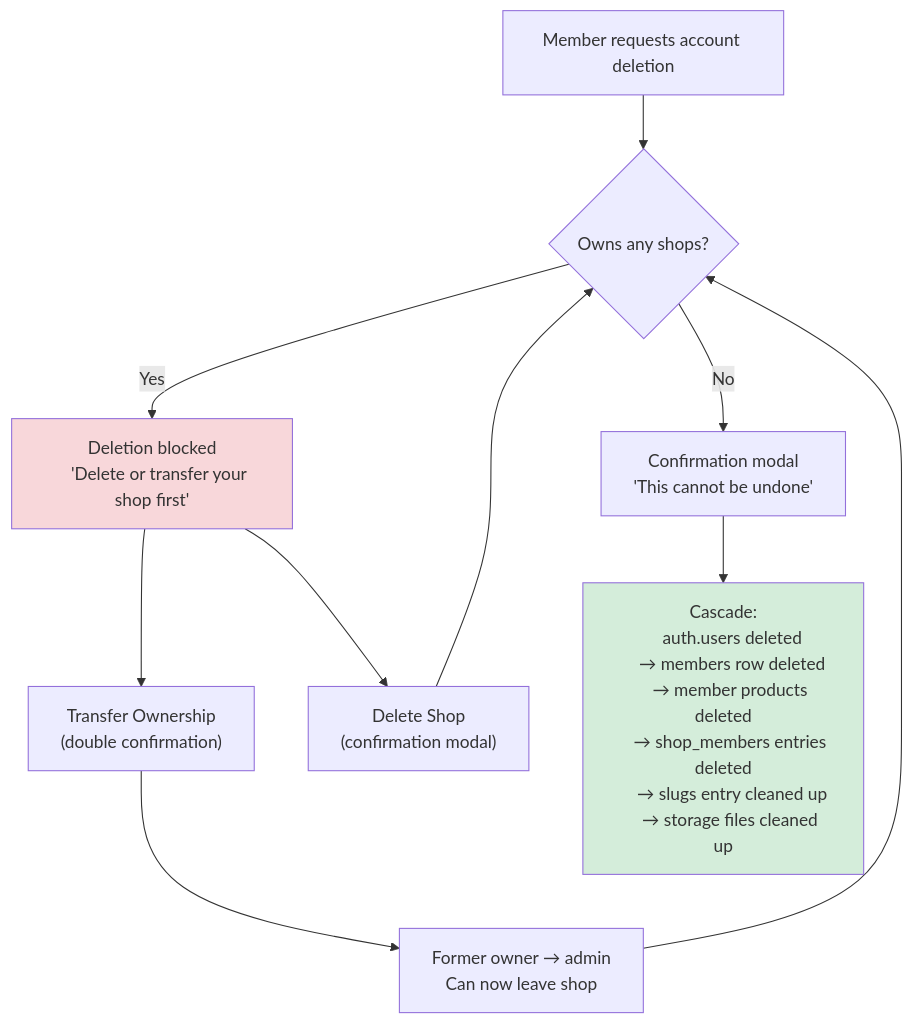
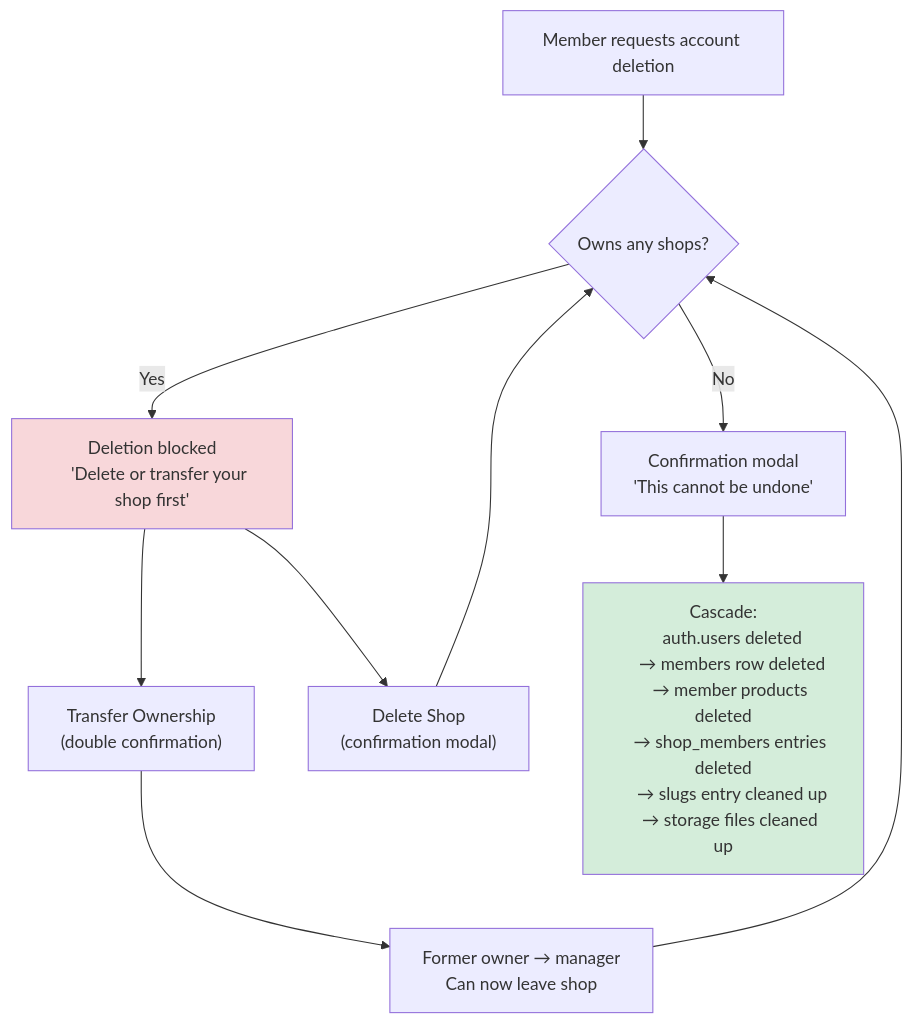
The seventh of 8 diagrams in docs/diagrams/member-shop-journey.md (Nessi-Fishing-Supply/Nessi-Web-App), drawn with Mermaid before and after one commit. The commit also changed other lines of this file and 7 other files, not shown here.

First line of the commit message:
docs: catch up journey diagrams with PRs #222–#269

````diff
--- a/docs/diagrams/member-shop-journey.md
+++ b/docs/diagrams/member-shop-journey.md
@@ -194,30 +218,30 @@
 ```mermaid
 flowchart TD
     DELETE_REQ["Member requests account deletion"] --> OWN_SHOP{"Owns any shops?"}
 
     OWN_SHOP -->|"Yes"| BLOCKED["Deletion blocked
     'Delete or transfer your shop first'"]
     BLOCKED --> TRANSFER["Transfer Ownership
     (double confirmation)"]
     BLOCKED --> DELETE_SHOP["Delete Shop
     (confirmation modal)"]
 
-    TRANSFER --> DEMOTED["Former owner → admin
+    TRANSFER --> DEMOTED["Former owner → manager
     Can now leave shop"]
     DEMOTED --> OWN_SHOP
 
     DELETE_SHOP --> OWN_SHOP
 
     OWN_SHOP -->|"No"| CONFIRM["Confirmation modal
     'This cannot be undone'"]
     CONFIRM --> CASCADE["Cascade:
     auth.users deleted
     → members row deleted
     → member products deleted
     → shop_members entries deleted
     → slugs entry cleaned up
     → storage files cleaned up"]
 
     style BLOCKED fill:#f8d7da
     style CASCADE fill:#d4edda
 ```
````
